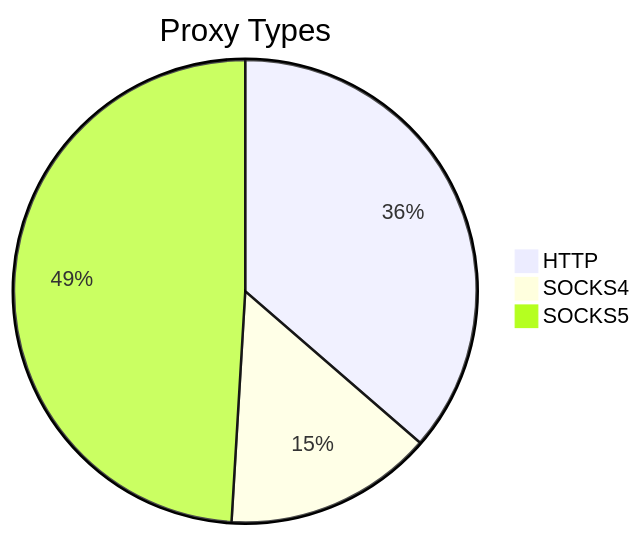
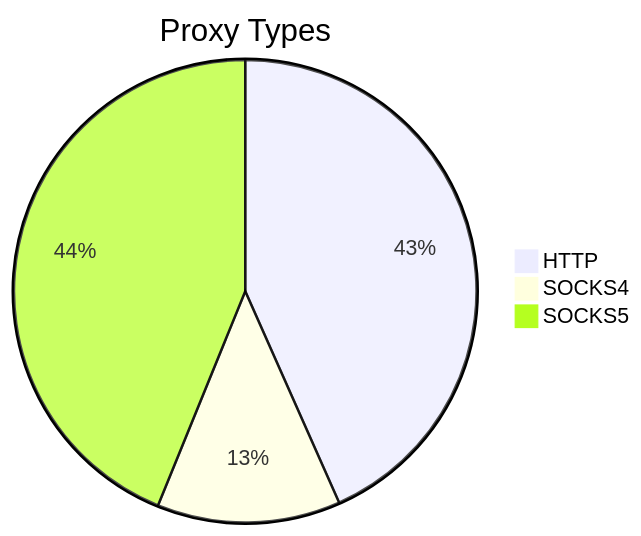
The first of 2 diagrams in README.md (stormsia/proxy-list), drawn with Mermaid before and after one commit. The commit also changed other lines of this file, not shown here.

````diff
--- a/README.md
+++ b/README.md
@@ -21,6 +21,6 @@
 ```mermaid
 pie title Proxy Types
-    "HTTP" : 192
-    "SOCKS4" : 77
-    "SOCKS5" : 259
+    "HTTP" : 88
+    "SOCKS4" : 26
+    "SOCKS5" : 89
 ```
````
